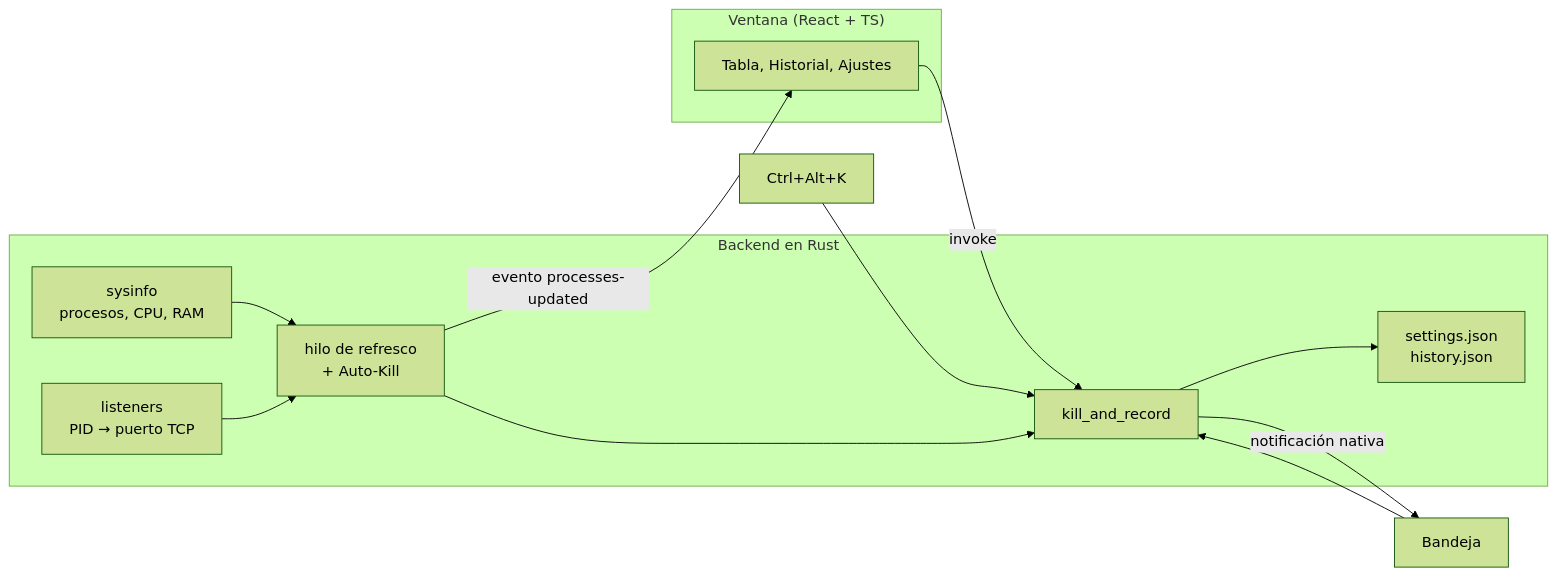
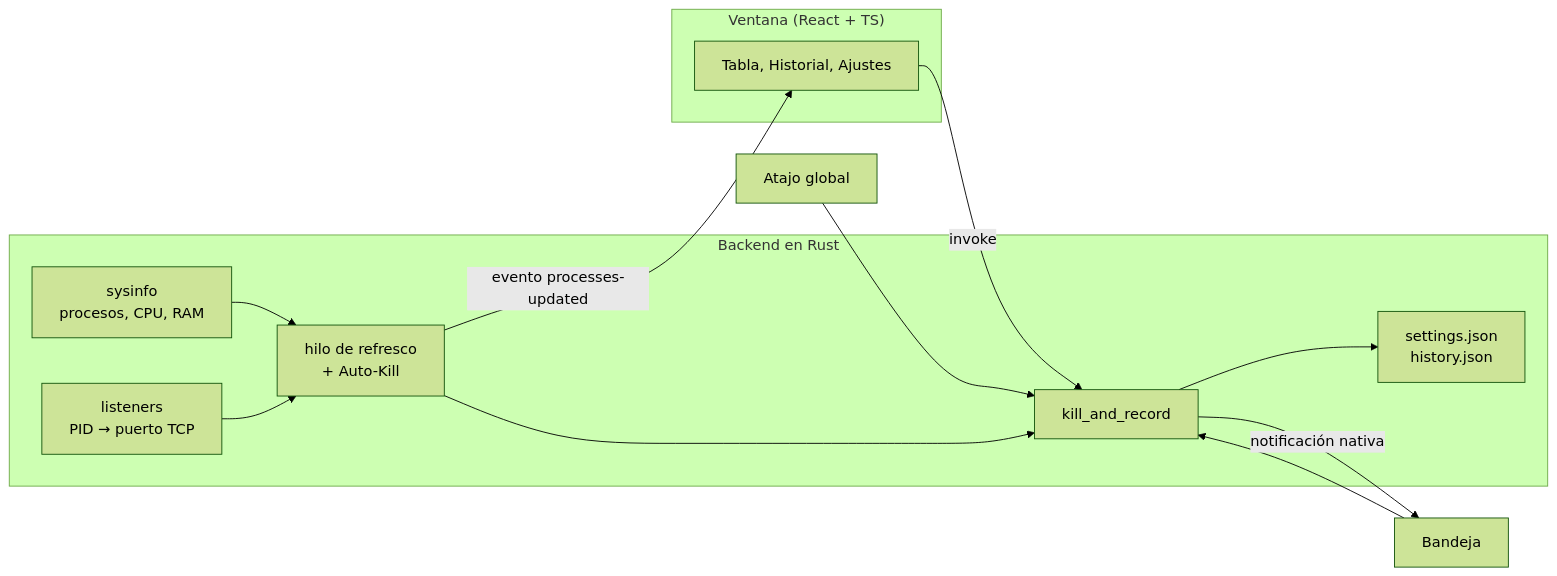
Before and after one commit to xfiberex/ProcessDevKill: the diagram in README.md, drawn with Mermaid (forest theme). The commit also changed other lines of this file and 29 other files, not shown here.

````diff
--- a/README.md
+++ b/README.md
@@ -200,25 +208,25 @@
 ```mermaid
 flowchart LR
     subgraph Rust["Backend en Rust"]
         S["sysinfo<br/>procesos, CPU, RAM"]
         L["listeners<br/>PID → puerto TCP"]
         H["hilo de refresco<br/>+ Auto-Kill"]
         K["kill_and_record"]
         J["settings.json<br/>history.json"]
     end
     subgraph Web["Ventana (React + TS)"]
         U["Tabla, Historial, Ajustes"]
     end
     B["Bandeja"]
-    A["Ctrl+Alt+K"]
+    A["Atajo global"]
 
     S --> H
     L --> H
     H -- "evento processes-updated" --> U
     U -- "invoke" --> K
     B --> K
     A --> K
     H --> K
     K --> J
     K -- "notificación nativa" --> B
 ```
````
